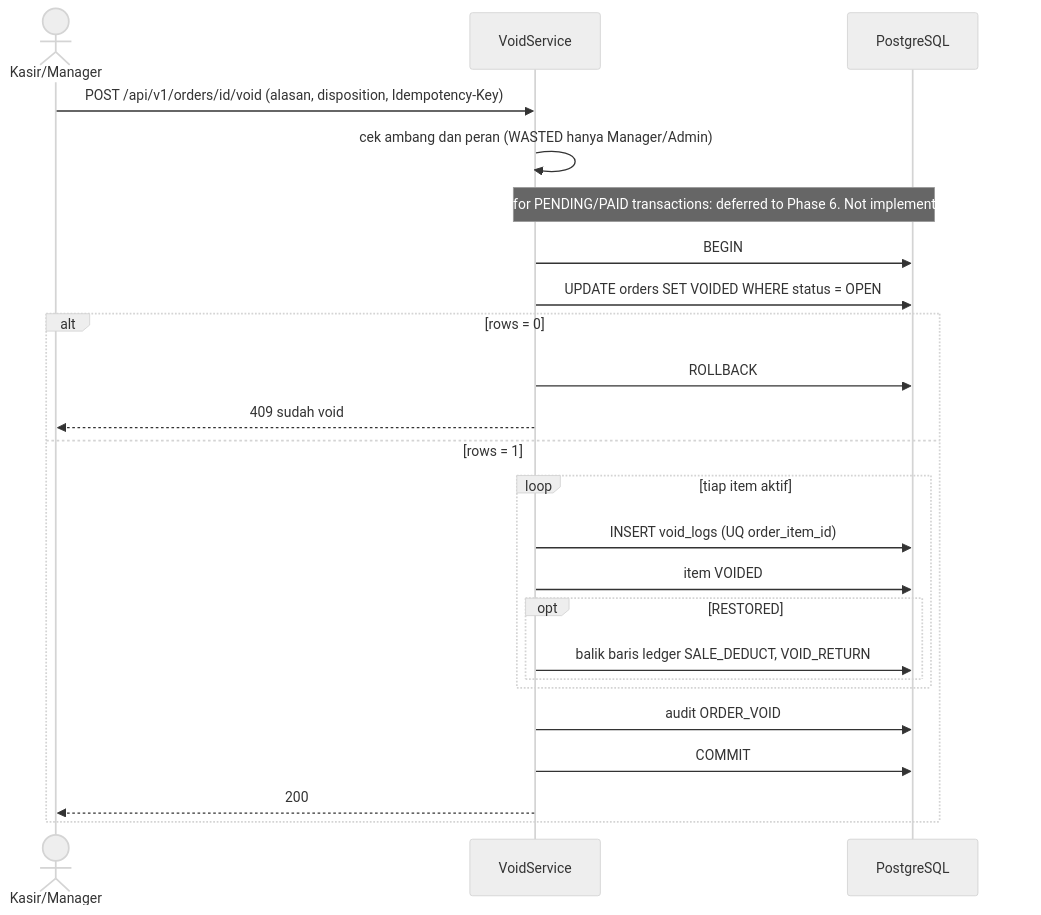
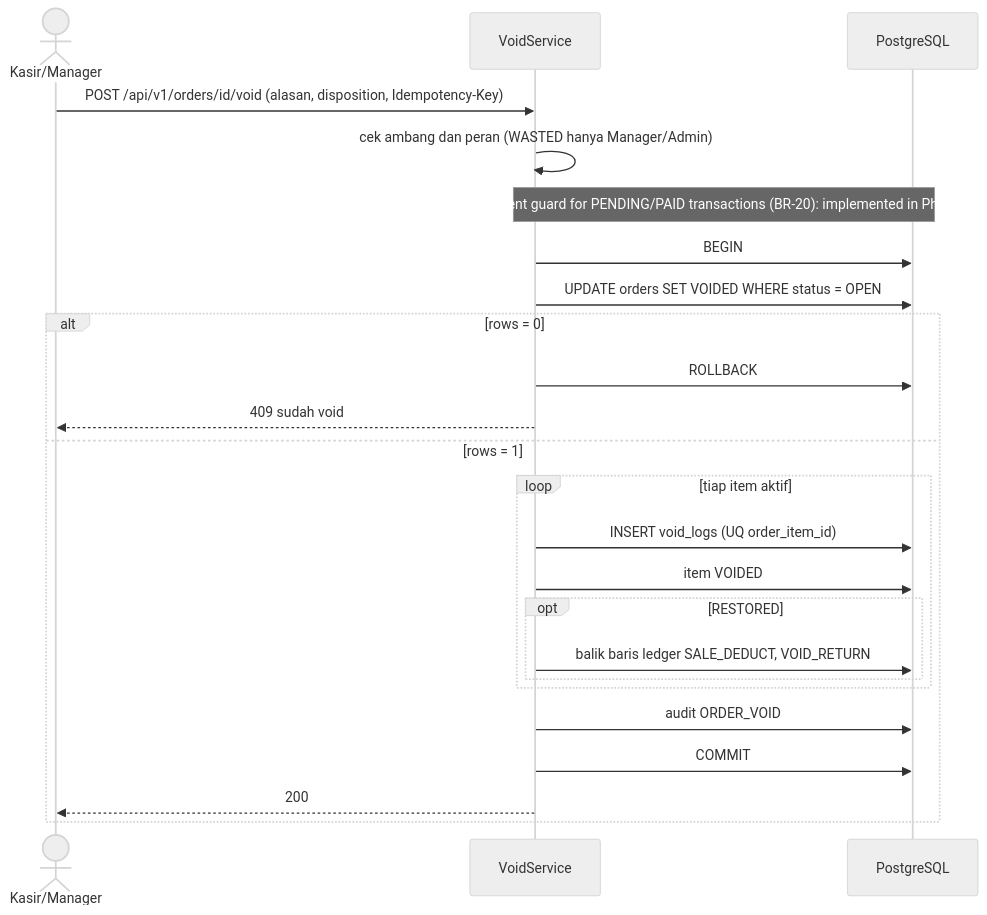
One commit to ranggautama47/nightvenue-backend changed the seventh of 18 diagrams in docs/UML.md. Above: the diagram before and after it, drawn with Mermaid (neutral theme). The commit also changed other lines of this file and 6 other files, not shown here.

````diff
--- a/docs/UML.md
+++ b/docs/UML.md
@@ -380,27 +380,27 @@
 ```mermaid
 sequenceDiagram
     actor K as Kasir/Manager
     participant V as VoidService
     participant D as PostgreSQL
 
     K->>V: POST /api/v1/orders/id/void (alasan, disposition, Idempotency-Key)
     V->>V: cek ambang dan peran (WASTED hanya Manager/Admin)
-    Note over V,D: Payment guard for PENDING/PAID transactions: deferred to Phase 6. Not implemented in Phase 5C.
+    Note over V,D: Payment guard for PENDING/PAID transactions (BR-20): implemented in Phase 6.
     V->>D: BEGIN
     V->>D: UPDATE orders SET VOIDED WHERE status = OPEN
     alt rows = 0
         V->>D: ROLLBACK
         V-->>K: 409 sudah void
     else rows = 1
         loop tiap item aktif
             V->>D: INSERT void_logs (UQ order_item_id)
             V->>D: item VOIDED
             opt RESTORED
                 V->>D: balik baris ledger SALE_DEDUCT, VOID_RETURN
             end
         end
         V->>D: audit ORDER_VOID
         V->>D: COMMIT
         V-->>K: 200
     end
 ```
````
